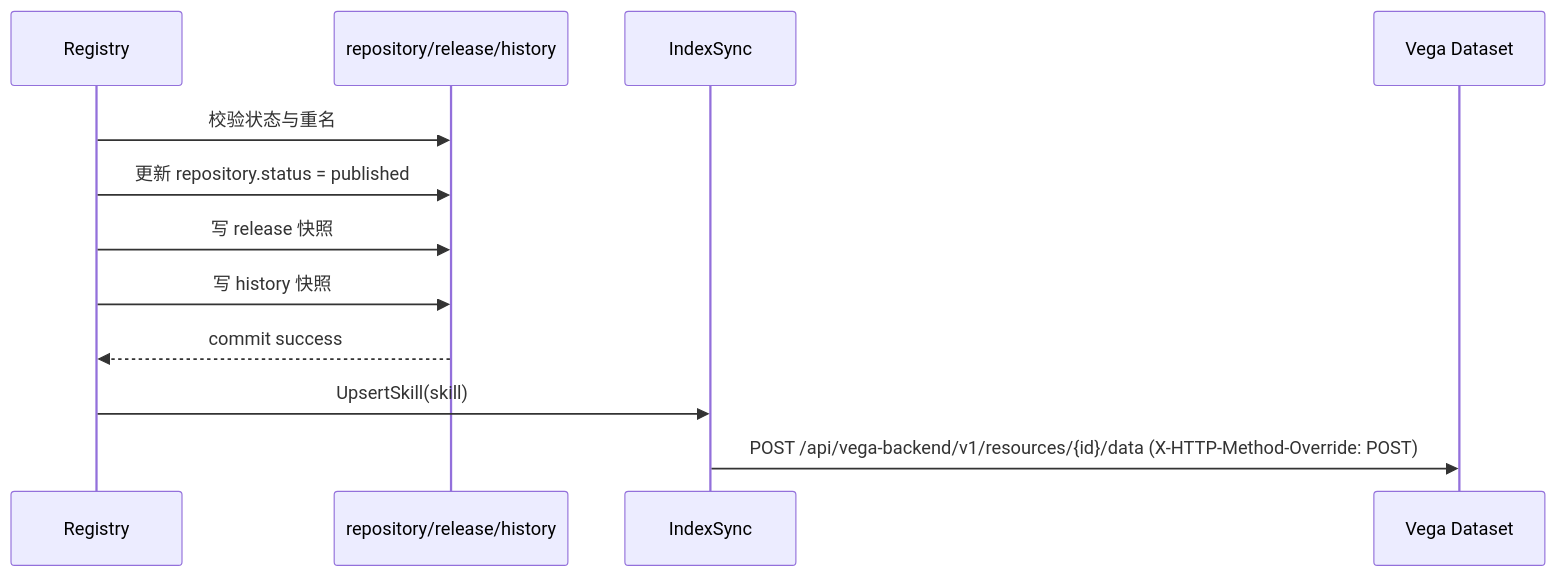
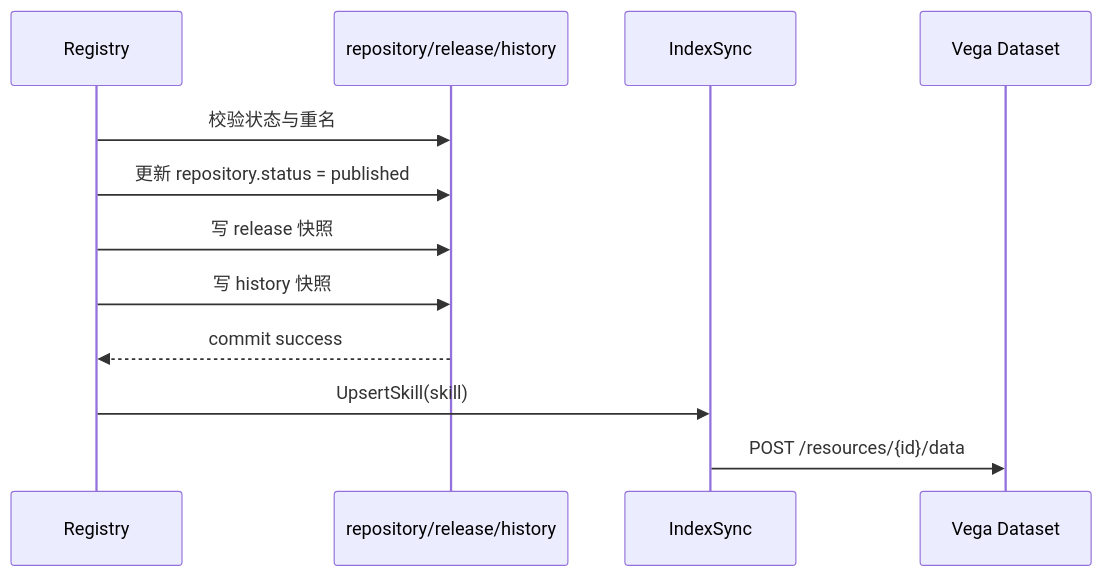
One commit to kweaver-ai/kweaver-core changed the eighth of 9 diagrams in adp/execution-factory/operator-integration/docs/design/features/skill/skill_package_lifecycle_management.md. Above: the diagram before and after it, drawn with Mermaid. The commit also changed other lines of this file and 5 other files, not shown here.

First line of the commit message:
[execution-factory] 适配 Vega dataset documents API 收敛到 /resources/{id}/data (#379) (#392)

````diff
--- a/adp/execution-factory/operator-integration/docs/design/features/skill/skill_package_lifecycle_management.md
+++ b/adp/execution-factory/operator-integration/docs/design/features/skill/skill_package_lifecycle_management.md
@@ -437,15 +437,15 @@
 ```mermaid
 sequenceDiagram
     participant R as Registry
     participant DB as repository/release/history
     participant S as IndexSync
     participant V as Vega Dataset
 
     R->>DB: 校验状态与重名
     R->>DB: 更新 repository.status = published
     R->>DB: 写 release 快照
     R->>DB: 写 history 快照
     DB-->>R: commit success
     R->>S: UpsertSkill(skill)
-    S->>V: POST /api/vega-backend/v1/resources/{id}/data (X-HTTP-Method-Override: POST)
+    S->>V: POST /resources/{id}/data
 ```
````
